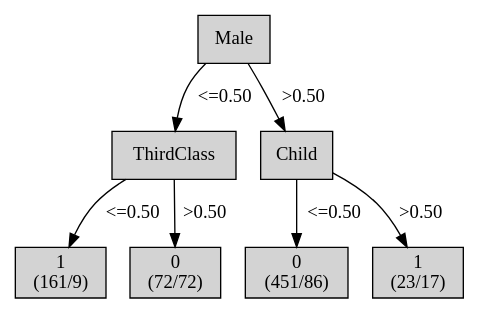
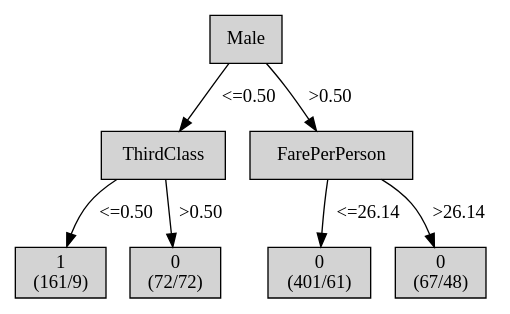
The diagram in output/tree-generator-2/tree.dot (mklb/BI-Python3), drawn with Graphviz before and after one commit. The commit also changed 30 other files, not shown here.

```diff
--- a/output/tree-generator-2/tree.dot
+++ b/output/tree-generator-2/tree.dot
@@ -1,29 +1,29 @@
 digraph ID3_Tree {
 "0" [shape=box, style=filled, label="Male
 ", weight=1]
 "1" [shape=box, style=filled, label="ThirdClass
 ", weight=2]
 0 -> 1 [ label = "<=0.50"];
 "2" [shape=box, style=filled, label="1
 (161/9)
 ", weight=3]
 1 -> 2 [ label = "<=0.50"];
 "3" [shape=box, style=filled, label="0
 (72/72)
 ", weight=3]
 1 -> 3 [ label = ">0.50"];
-"4" [shape=box, style=filled, label="Child
+"4" [shape=box, style=filled, label="FarePerPerson
 ", weight=2]
 0 -> 4 [ label = ">0.50"];
 "5" [shape=box, style=filled, label="0
-(451/86)
+(401/61)
 ", weight=3]
-4 -> 5 [ label = "<=0.50"];
-"6" [shape=box, style=filled, label="1
-(23/17)
+4 -> 5 [ label = "<=26.14"];
+"6" [shape=box, style=filled, label="0
+(67/48)
 ", weight=3]
-4 -> 6 [ label = ">0.50"];
+4 -> 6 [ label = ">26.14"];
 {rank=same; 0;};
 {rank=same; 1;4;};
 {rank=same; 2;3;5;6;};
 }
```
